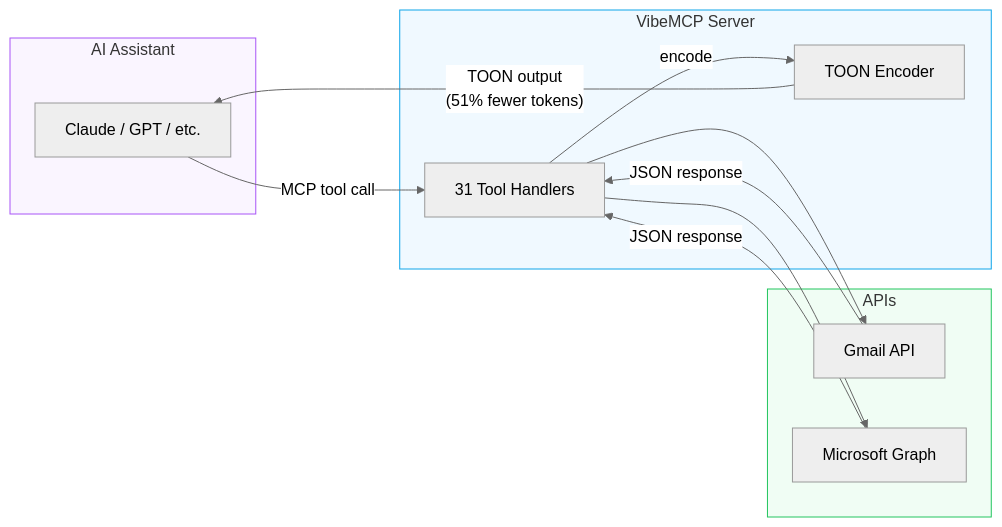
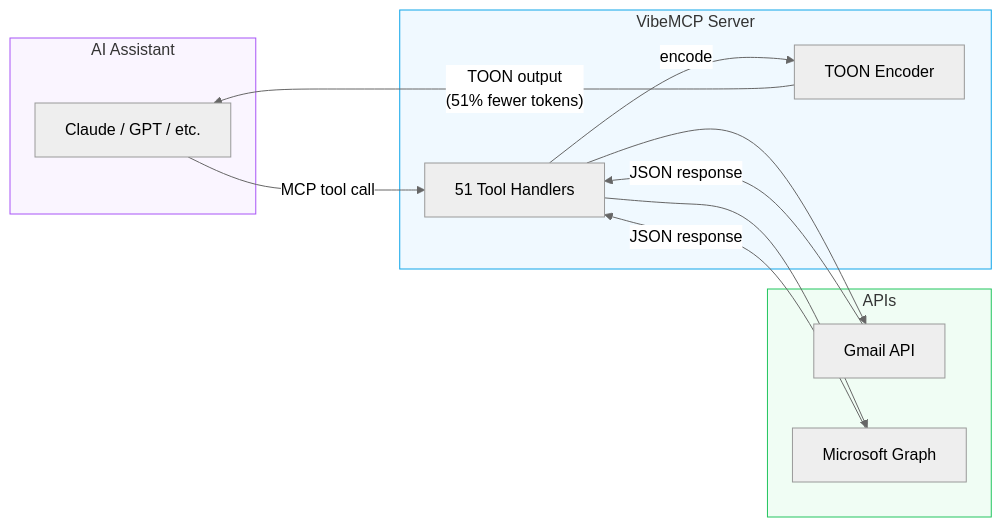
Before and after one commit to VibeTensor/vibemcp: the diagram in docs/guide/index.md, drawn with Mermaid (neutral theme). The commit also changed other lines of this file and 40 other files, not shown here.

````diff
--- a/docs/guide/index.md
+++ b/docs/guide/index.md
@@ -32,26 +32,30 @@
 ```mermaid
 flowchart LR
     subgraph Input["AI Assistant"]
         CL["Claude / GPT / etc."]
     end
 
     subgraph VibeMCP["VibeMCP Server"]
-        TH["31 Tool Handlers"]
+        TH["51 Tool Handlers"]
         TE["TOON Encoder"]
     end
 
     subgraph Providers["APIs"]
         Gmail["Gmail API"]
         Graph["Microsoft Graph"]
     end
 
     CL -->|"MCP tool call"| TH
     TH --> Gmail & Graph
     Gmail & Graph -->|"JSON response"| TH
     TH -->|"encode"| TE
     TE -->|"TOON output\n(51% fewer tokens)"| CL
 
-    style VibeMCP fill:#f0f9ff,stroke:#0ea5e9
-    style Input fill:#faf5ff,stroke:#a855f7
-    style Providers fill:#f0fdf4,stroke:#22c55e
+    classDef vmcp fill:#f0f9ff,stroke:#0ea5e9
+    classDef input fill:#faf5ff,stroke:#a855f7
+    classDef providers fill:#f0fdf4,stroke:#22c55e
+
+    class VibeMCP vmcp
+    class Input input
+    class Providers providers
 ```
````
